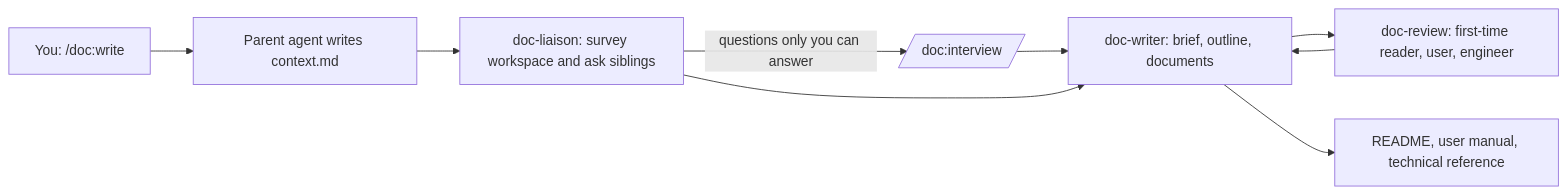
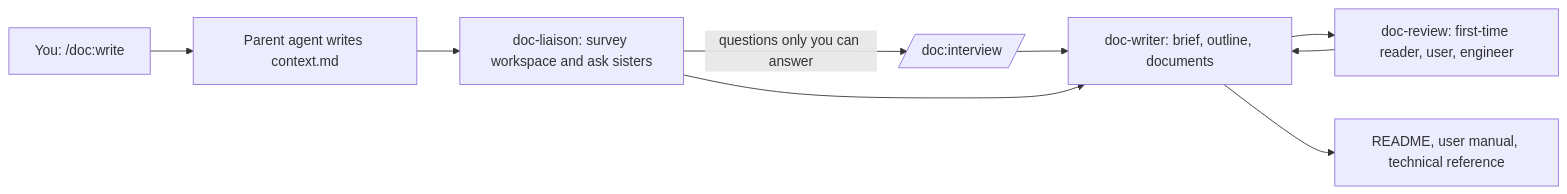
Before and after one commit to VibeBB/document-agent: the diagram in README.md, drawn with Mermaid. The commit also changed other lines of this file and 41 other files, not shown here.

````diff
--- a/README.md
+++ b/README.md
@@ -49,11 +49,11 @@
 ```mermaid
 flowchart LR
     U[You: /doc:write] --> P[Parent agent writes context.md]
-    P --> L[doc-liaison: survey workspace and ask siblings]
+    P --> L[doc-liaison: survey workspace and ask sisters]
     L -->|questions only you can answer| I[/doc:interview/]
     I --> W[doc-writer: brief, outline, documents]
     L --> W
     W --> R[doc-review: first-time reader, user, engineer]
     R --> W
     W --> D[README, user manual, technical reference]
 ```
````
